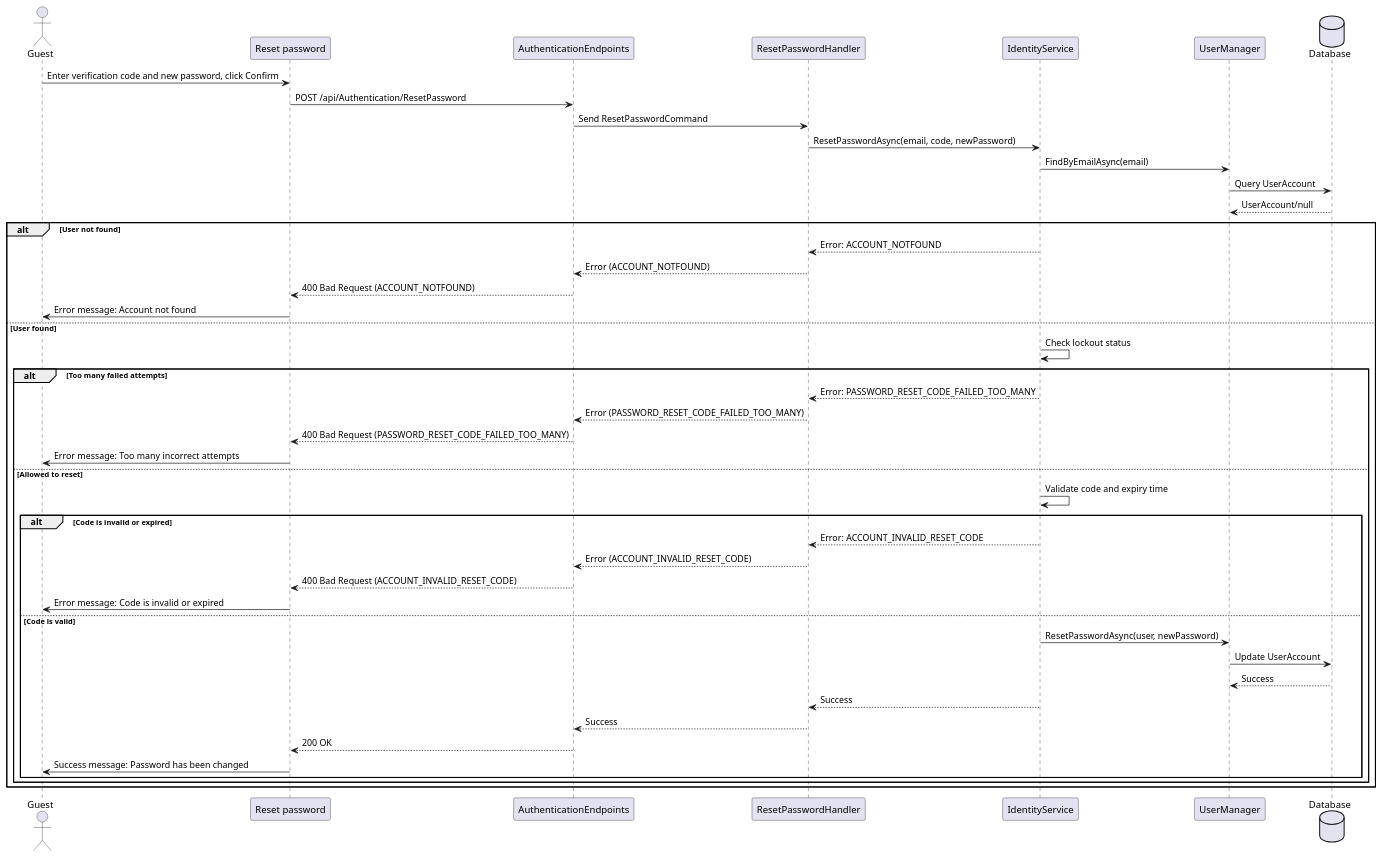
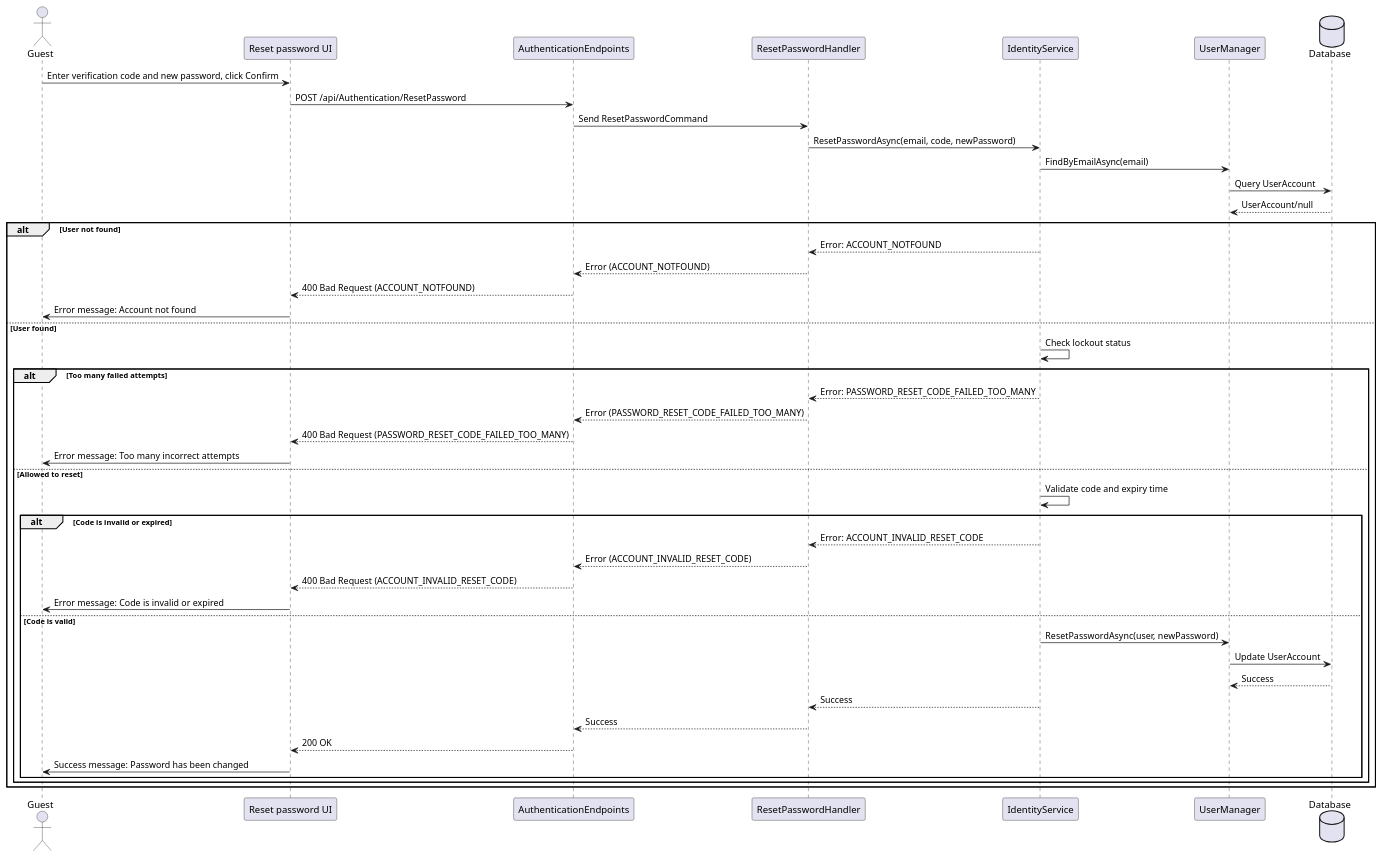
One commit to thanhkhac/SEP_Diagram changed the diagram in authentication/Sequence/09_ResetPassword.puml. Above: the diagram before and after it, drawn with PlantUML. The commit also changed 2 other files, not shown here.

Commit message:
Update UI participant names in password sequence diagrams
Renamed the UI participant in the ResetPassword, ChangePassword, and SetPassword sequence diagrams to 'Reset password UI', 'Change password UI', and 'Set password UI' for clarity and consistency.

```diff
--- a/authentication/Sequence/09_ResetPassword.puml
+++ b/authentication/Sequence/09_ResetPassword.puml
@@ -1,48 +1,48 @@
 @startuml
 actor Guest as User
-participant "Reset password" as UI
+participant "Reset password UI" as UI
 participant AuthenticationEndpoints
 participant ResetPasswordHandler
 participant IdentityService
 participant UserManager
 Database Database
 
 User -> UI : Enter verification code and new password, click Confirm
 UI -> AuthenticationEndpoints : POST /api/Authentication/ResetPassword
 AuthenticationEndpoints -> ResetPasswordHandler : Send ResetPasswordCommand
 ResetPasswordHandler -> IdentityService : ResetPasswordAsync(email, code, newPassword)
 IdentityService -> UserManager : FindByEmailAsync(email)
 UserManager -> Database : Query UserAccount
 Database --> UserManager : UserAccount/null
 
 alt User not found
     IdentityService --> ResetPasswordHandler : Error: ACCOUNT_NOTFOUND
     ResetPasswordHandler --> AuthenticationEndpoints : Error (ACCOUNT_NOTFOUND)
     AuthenticationEndpoints --> UI : 400 Bad Request (ACCOUNT_NOTFOUND)
     UI -> User : Error message: Account not found
 else User found
     IdentityService -> IdentityService : Check lockout status
     alt Too many failed attempts
         IdentityService --> ResetPasswordHandler : Error: PASSWORD_RESET_CODE_FAILED_TOO_MANY
         ResetPasswordHandler --> AuthenticationEndpoints : Error (PASSWORD_RESET_CODE_FAILED_TOO_MANY)
         AuthenticationEndpoints --> UI : 400 Bad Request (PASSWORD_RESET_CODE_FAILED_TOO_MANY)
         UI -> User : Error message: Too many incorrect attempts
     else Allowed to reset
         IdentityService -> IdentityService : Validate code and expiry time
         alt Code is invalid or expired
             IdentityService --> ResetPasswordHandler : Error: ACCOUNT_INVALID_RESET_CODE
             ResetPasswordHandler --> AuthenticationEndpoints : Error (ACCOUNT_INVALID_RESET_CODE)
             AuthenticationEndpoints --> UI : 400 Bad Request (ACCOUNT_INVALID_RESET_CODE)
             UI -> User : Error message: Code is invalid or expired
         else Code is valid
             IdentityService -> UserManager : ResetPasswordAsync(user, newPassword)
             UserManager -> Database : Update UserAccount
             Database --> UserManager : Success
             IdentityService --> ResetPasswordHandler : Success
             ResetPasswordHandler --> AuthenticationEndpoints : Success
             AuthenticationEndpoints --> UI : 200 OK
             UI -> User : Success message: Password has been changed
         end
     end
 end
 @enduml
```
